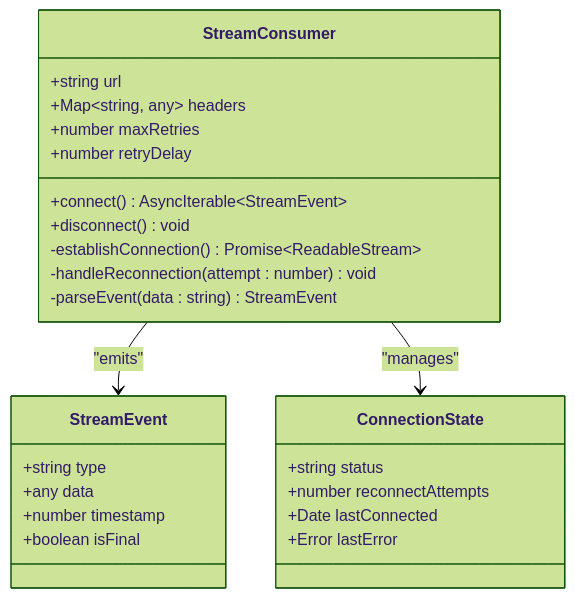
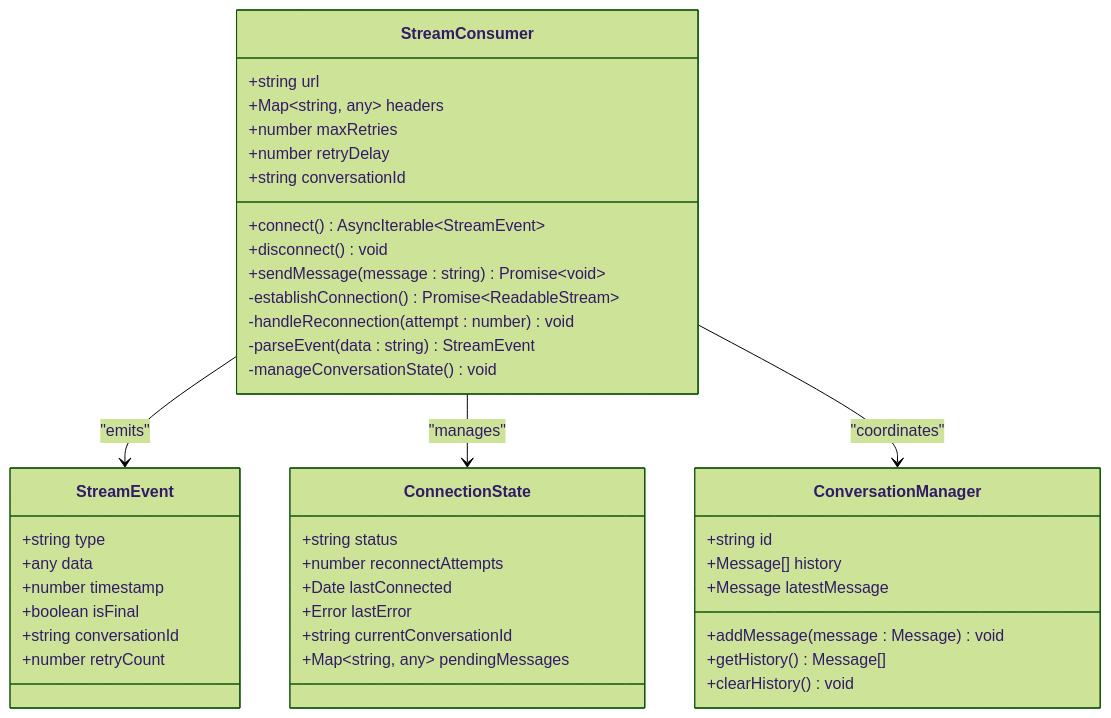
Before and after one commit to HassanAmeer/cheaprouter: the fourth of 5 diagrams in .qoder/repowiki/en/content/API Reference/Streaming API.md, drawn with Mermaid (forest theme). The commit also changed other lines of this file and 54 other files, not shown here.

````diff
--- a/.qoder/repowiki/en/content/API Reference/Streaming API.md
+++ b/.qoder/repowiki/en/content/API Reference/Streaming API.md
@@ -172,28 +199,44 @@
 ```mermaid
 classDiagram
 class StreamConsumer {
 +string url
 +Map~string, any~ headers
 +number maxRetries
 +number retryDelay
++string conversationId
 +connect() AsyncIterable~StreamEvent~
 +disconnect() void
++sendMessage(message : string) Promise~void~
 -establishConnection() Promise~ReadableStream~
 -handleReconnection(attempt : number) void
 -parseEvent(data : string) StreamEvent
+-manageConversationState() void
 }
 class StreamEvent {
 +string type
 +any data
 +number timestamp
 +boolean isFinal
++string conversationId
++number retryCount
 }
 class ConnectionState {
 +string status
 +number reconnectAttempts
 +Date lastConnected
 +Error lastError
++string currentConversationId
++Map~string, any~ pendingMessages
+}
+class ConversationManager {
++string id
++Message[] history
++Message latestMessage
++addMessage(message : Message) void
++getHistory() Message[]
++clearHistory() void
 }
 StreamConsumer --> StreamEvent : "emits"
 StreamConsumer --> ConnectionState : "manages"
+StreamConsumer --> ConversationManager : "coordinates"
 ```
````
